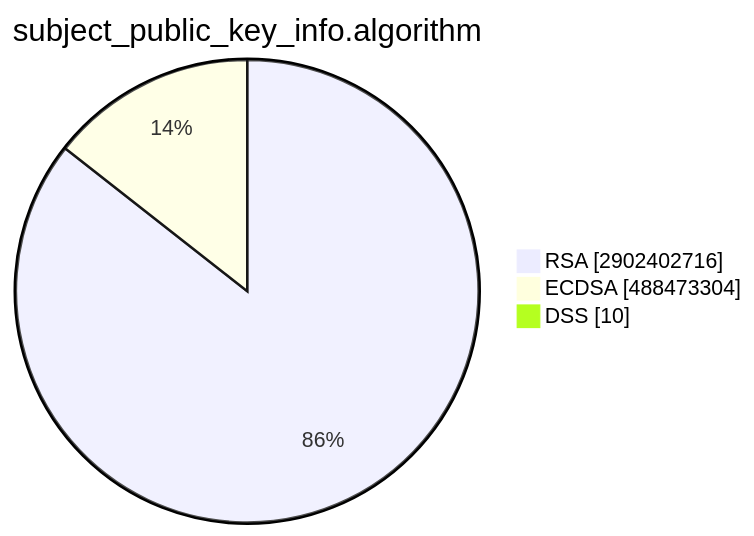
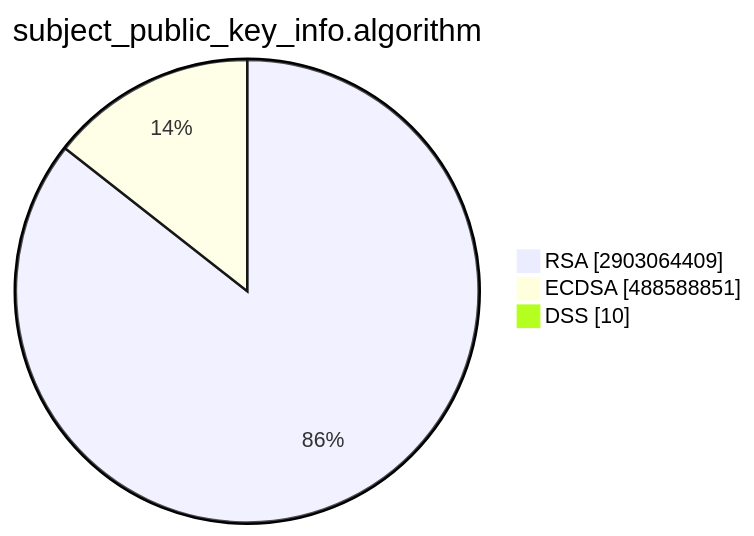
Before and after one commit to christiankrug/ctmonitor_visualization: the second of 15 diagrams in TOTAL/README.md, drawn with Mermaid. The commit also changed other lines of this file, not shown here.

````diff
--- a/TOTAL/README.md
+++ b/TOTAL/README.md
@@ -6,7 +6,7 @@
 ```mermaid
 pie showData
 title subject_public_key_info.algorithm
-"RSA" :2902402716
-"ECDSA" :488473304
+"RSA" :2903064409
+"ECDSA" :488588851
 "DSS" :10
 ```
````
